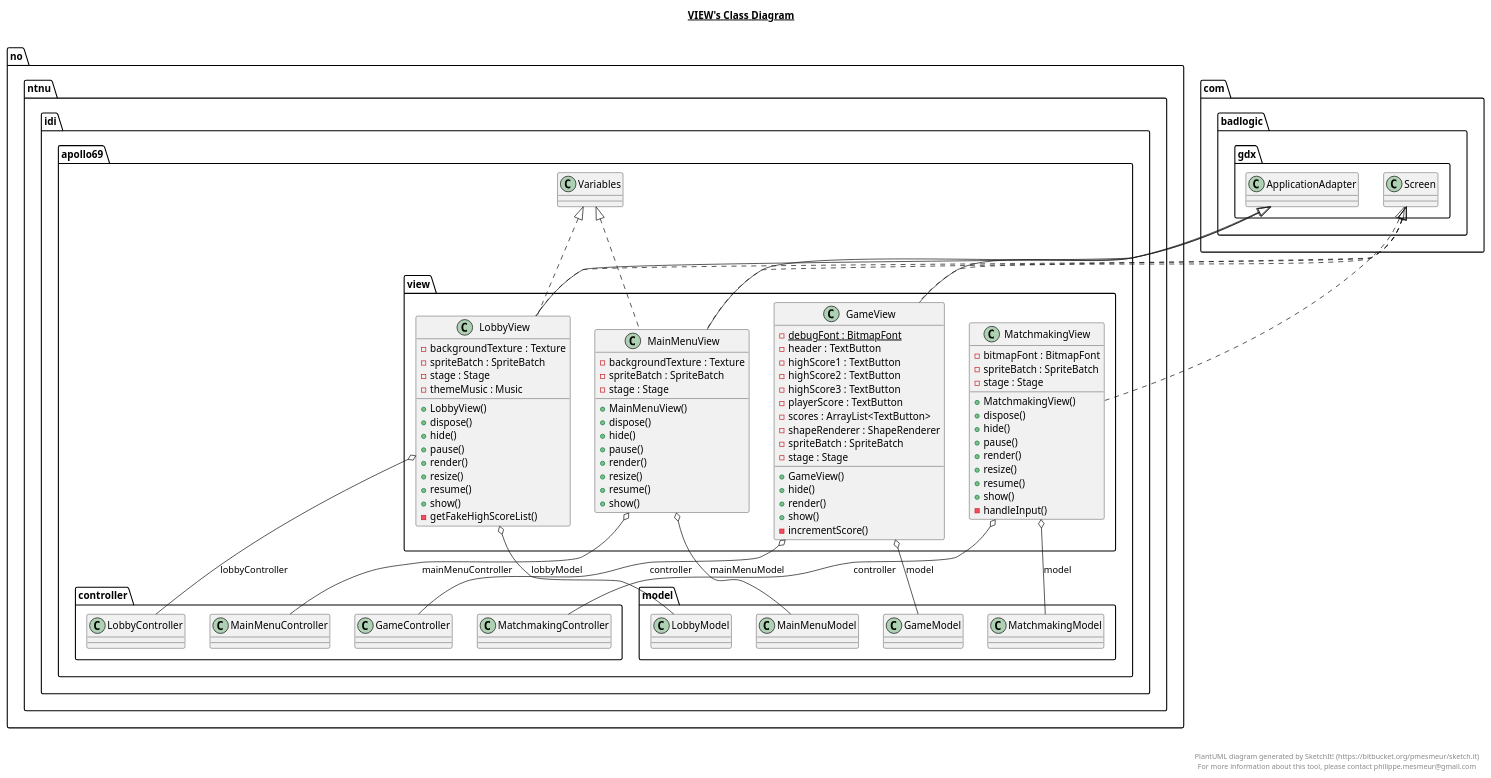
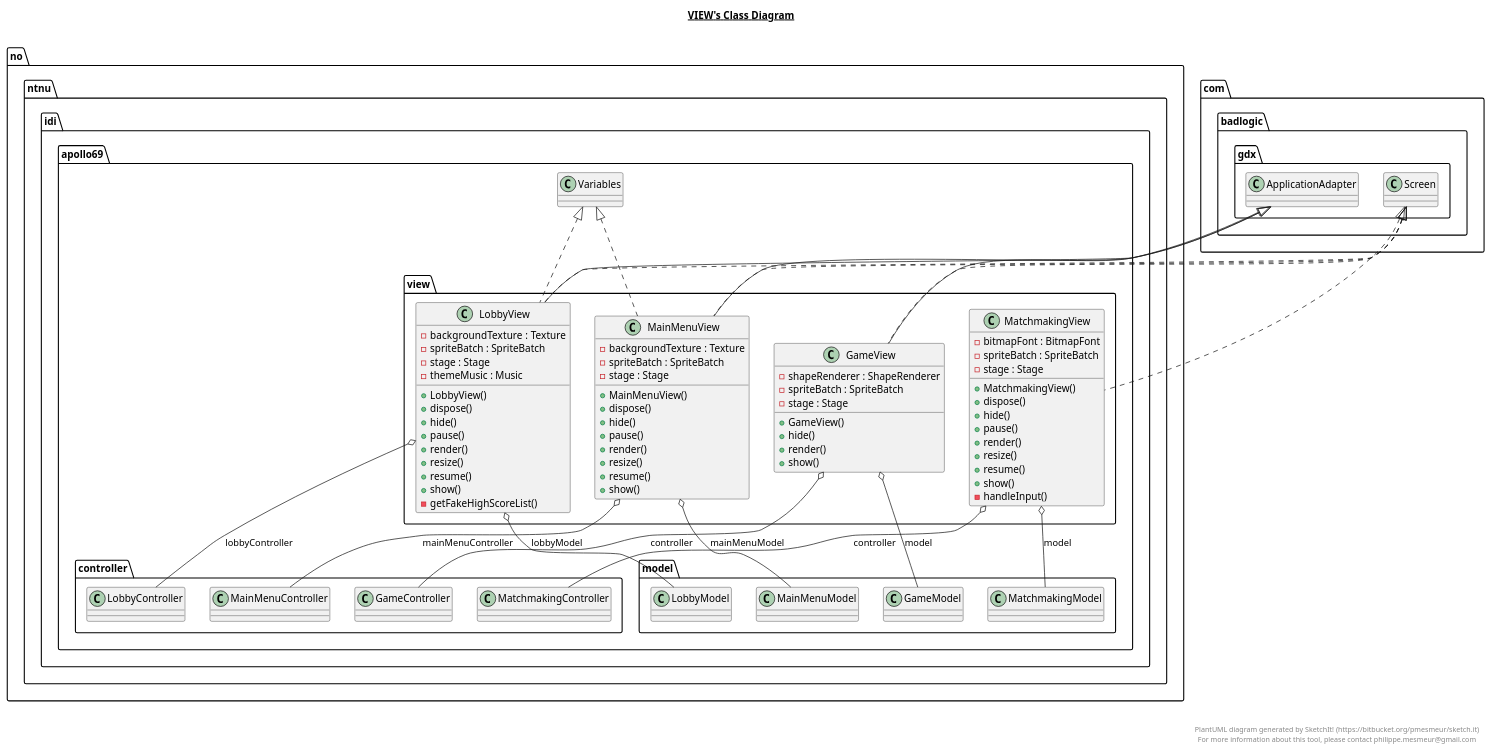
The diagram in core/src/no/ntnu/idi/apollo69/view/view.plantuml (GardSteinsvik/apollo-69), drawn with PlantUML before and after one commit. The commit also changed 11 other files, not shown here.

Commit message:
UML updated

```diff
--- a/core/src/no/ntnu/idi/apollo69/view/view.plantuml
+++ b/core/src/no/ntnu/idi/apollo69/view/view.plantuml
@@ -1,114 +1,106 @@
 @startuml
 
 title __VIEW's Class Diagram__\n
 
   namespace no.ntnu.idi.apollo69 {
     namespace view {
       class no.ntnu.idi.apollo69.view.GameView {
-          {static} - debugFont : BitmapFont
-          - header : TextButton
-          - highScore1 : TextButton
-          - highScore2 : TextButton
-          - highScore3 : TextButton
-          - playerScore : TextButton
-          - scores : ArrayList<TextButton>
           - shapeRenderer : ShapeRenderer
           - spriteBatch : SpriteBatch
           - stage : Stage
           + GameView()
           + hide()
           + render()
           + show()
-          - incrementScore()
       }
     }
   }
   
 
   namespace no.ntnu.idi.apollo69 {
     namespace view {
       class no.ntnu.idi.apollo69.view.LobbyView {
           - backgroundTexture : Texture
           - spriteBatch : SpriteBatch
           - stage : Stage
           - themeMusic : Music
           + LobbyView()
           + dispose()
           + hide()
           + pause()
           + render()
           + resize()
           + resume()
           + show()
           - getFakeHighScoreList()
       }
     }
   }
   
 
   namespace no.ntnu.idi.apollo69 {
     namespace view {
       class no.ntnu.idi.apollo69.view.MainMenuView {
           - backgroundTexture : Texture
           - spriteBatch : SpriteBatch
           - stage : Stage
           + MainMenuView()
           + dispose()
           + hide()
           + pause()
           + render()
           + resize()
           + resume()
           + show()
       }
     }
   }
   
 
   namespace no.ntnu.idi.apollo69 {
     namespace view {
       class no.ntnu.idi.apollo69.view.MatchmakingView {
           - bitmapFont : BitmapFont
           - spriteBatch : SpriteBatch
           - stage : Stage
           + MatchmakingView()
           + dispose()
           + hide()
           + pause()
           + render()
           + resize()
           + resume()
           + show()
           - handleInput()
       }
     }
   }
   
 
   no.ntnu.idi.apollo69.view.GameView .up.|> com.badlogic.gdx.Screen
   no.ntnu.idi.apollo69.view.GameView -up-|> com.badlogic.gdx.ApplicationAdapter
   no.ntnu.idi.apollo69.view.GameView o-- no.ntnu.idi.apollo69.controller.GameController : controller
   no.ntnu.idi.apollo69.view.GameView o-- no.ntnu.idi.apollo69.model.GameModel : model
   no.ntnu.idi.apollo69.view.LobbyView .up.|> com.badlogic.gdx.Screen
   no.ntnu.idi.apollo69.view.LobbyView .up.|> no.ntnu.idi.apollo69.Variables
   no.ntnu.idi.apollo69.view.LobbyView -up-|> com.badlogic.gdx.ApplicationAdapter
   no.ntnu.idi.apollo69.view.LobbyView o-- no.ntnu.idi.apollo69.controller.LobbyController : lobbyController
   no.ntnu.idi.apollo69.view.LobbyView o-- no.ntnu.idi.apollo69.model.LobbyModel : lobbyModel
   no.ntnu.idi.apollo69.view.MainMenuView .up.|> com.badlogic.gdx.Screen
   no.ntnu.idi.apollo69.view.MainMenuView .up.|> no.ntnu.idi.apollo69.Variables
   no.ntnu.idi.apollo69.view.MainMenuView -up-|> com.badlogic.gdx.ApplicationAdapter
   no.ntnu.idi.apollo69.view.MainMenuView o-- no.ntnu.idi.apollo69.controller.MainMenuController : mainMenuController
   no.ntnu.idi.apollo69.view.MainMenuView o-- no.ntnu.idi.apollo69.model.MainMenuModel : mainMenuModel
   no.ntnu.idi.apollo69.view.MatchmakingView .up.|> com.badlogic.gdx.Screen
   no.ntnu.idi.apollo69.view.MatchmakingView o-- no.ntnu.idi.apollo69.controller.MatchmakingController : controller
   no.ntnu.idi.apollo69.view.MatchmakingView o-- no.ntnu.idi.apollo69.model.MatchmakingModel : model
 
 
 right footer
 
 
 PlantUML diagram generated by SketchIt! (https://bitbucket.org/pmesmeur/sketch.it)
 For more information about this tool, please contact philippe.mesmeur@gmail.com
 endfooter
 
 @enduml
```
